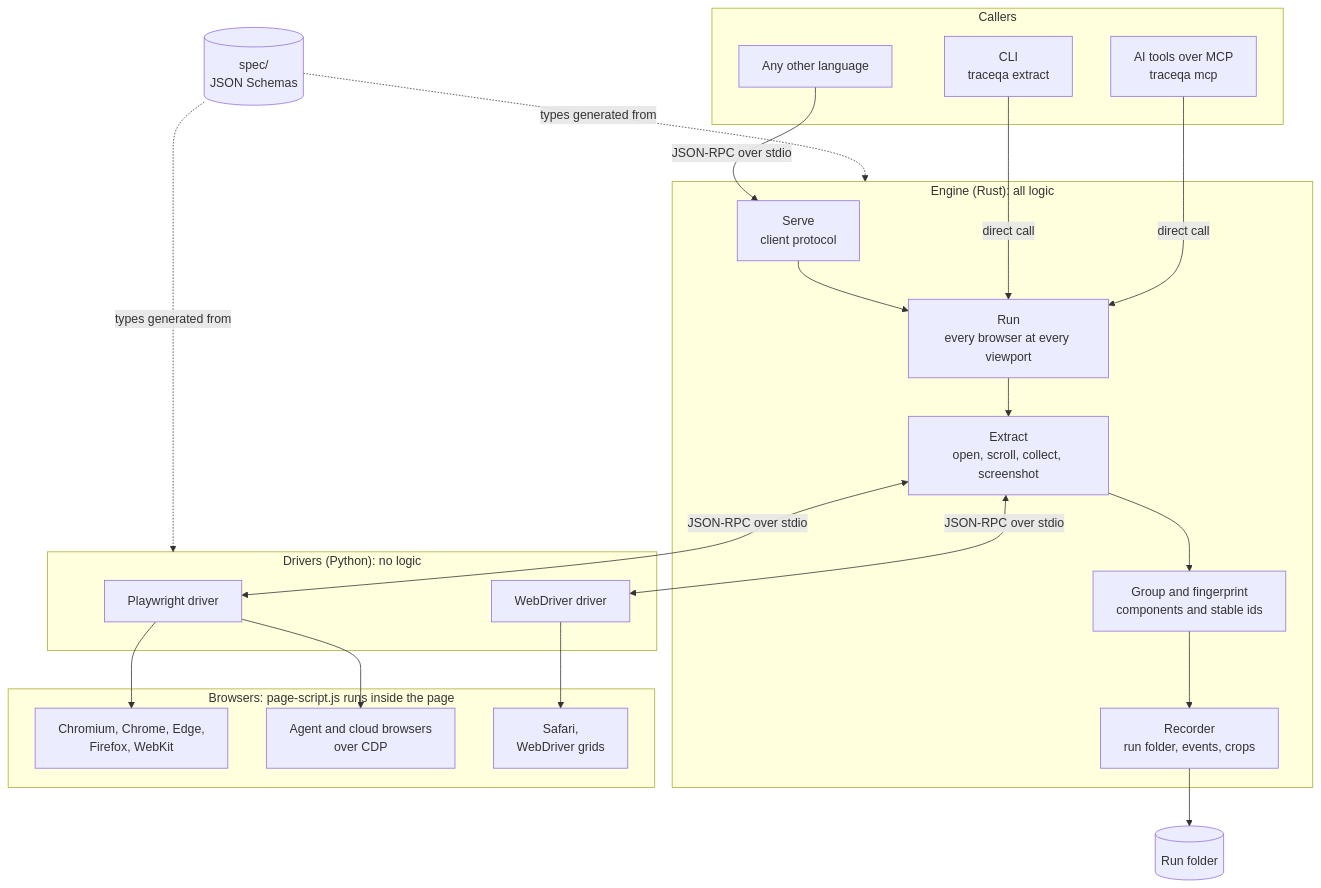
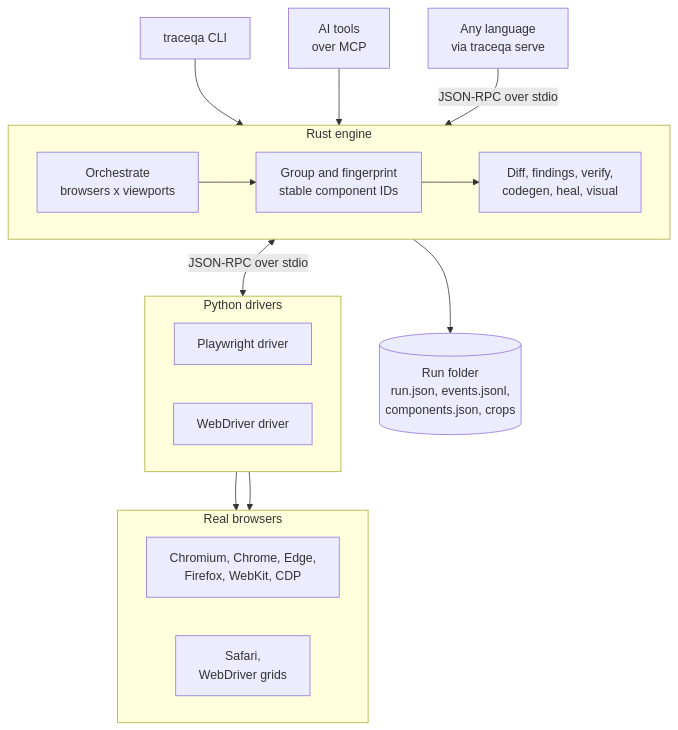
The first of 3 diagrams in README.md (thearpankumar/TraceQA), drawn with Mermaid before and after one commit. The commit also changed other lines of this file, not shown here.

First line of the commit message:
docs: rewrite the README as the project's front page

````diff
--- a/README.md
+++ b/README.md
@@ -295,43 +248,33 @@
 ```mermaid
 flowchart TB
-    subgraph callers["Callers"]
-        cli["CLI<br/>traceqa extract"]
-        ai["AI tools over MCP<br/>traceqa mcp"]
-        other["Any other language"]
+    cli["traceqa CLI"]
+    ai["AI tools<br/>over MCP"]
+    lang["Any language<br/>via traceqa serve"]
+
+    subgraph engine["Rust engine"]
+        direction LR
+        orchestrate["Orchestrate<br/>browsers x viewports"] --> group["Group and fingerprint<br/>stable component IDs"] --> analyse["Diff, findings, verify,<br/>codegen, heal, visual"]
     end
 
-    subgraph engine["Engine (Rust): all logic"]
-        serve["Serve<br/>client protocol"]
-        run["Run<br/>every browser at every viewport"]
-        extract["Extract<br/>open, scroll, collect, screenshot"]
-        group["Group and fingerprint<br/>components and stable ids"]
-        recorder["Recorder<br/>run folder, events, crops"]
-        serve --> run --> extract --> group --> recorder
-    end
-
-    subgraph drivers["Drivers (Python): no logic"]
+    subgraph drivers["Python drivers"]
+        direction LR
         pw["Playwright driver"]
         wd["WebDriver driver"]
     end
 
-    subgraph browsers["Browsers: page-script.js runs inside the page"]
-        b1["Chromium, Chrome, Edge,<br/>Firefox, WebKit"]
-        b2["Agent and cloud browsers<br/>over CDP"]
-        b3["Safari,<br/>WebDriver grids"]
+    subgraph browsers["Real browsers"]
+        direction LR
+        b1["Chromium, Chrome, Edge,<br/>Firefox, WebKit, CDP"]
+        b2["Safari,<br/>WebDriver grids"]
     end
 
-    spec[("spec/<br/>JSON Schemas")]
-    out[("Run folder")]
+    runs[("Run folder<br/>run.json, events.jsonl,<br/>components.json, crops")]
 
-    cli -->|direct call| run
-    ai -->|direct call| run
-    other -->|JSON-RPC over stdio| serve
-    extract <-->|JSON-RPC over stdio| pw
-    extract <-->|JSON-RPC over stdio| wd
+    cli --> engine
+    ai --> engine
+    lang -->|JSON-RPC over stdio| engine
+    engine <-->|JSON-RPC over stdio| drivers
     pw --> b1
-    pw --> b2
-    wd --> b3
-    recorder --> out
-    spec -.->|types generated from| engine
-    spec -.->|types generated from| drivers
+    wd --> b2
+    engine --> runs
 ```
````
